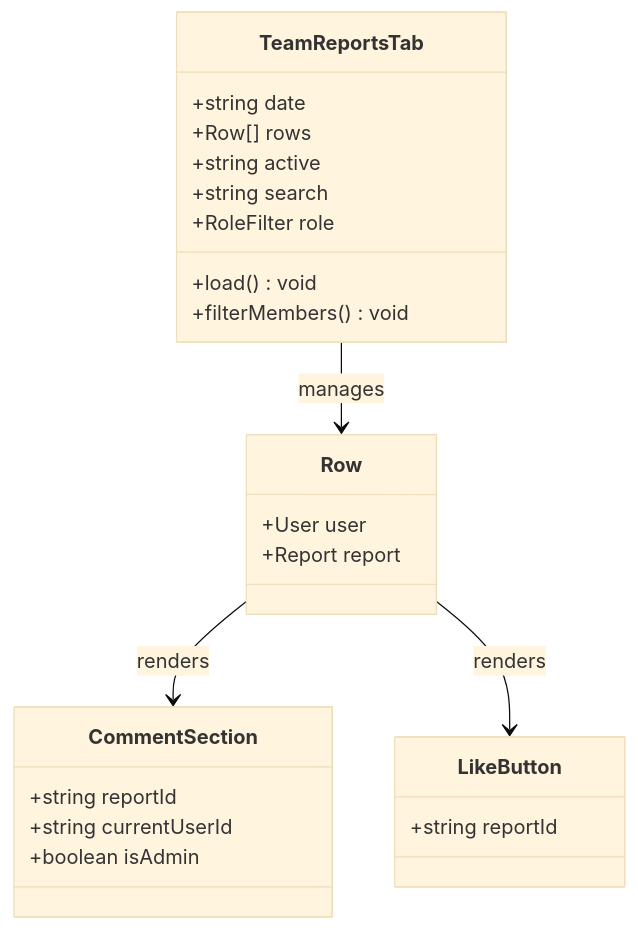
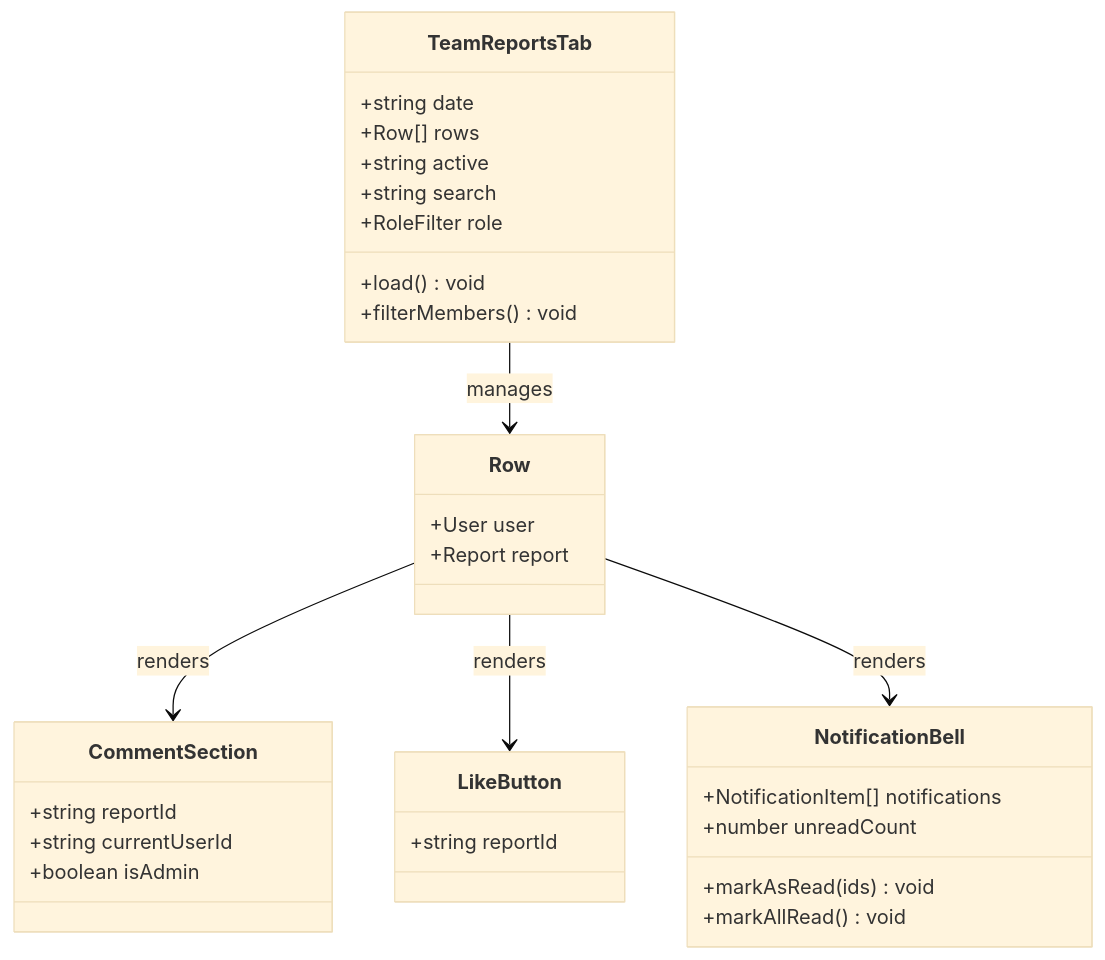
Before and after one commit to jrj444/git-daily: the tenth of 12 diagrams in .qoder/repowiki/en/content/Frontend Components/Social Interaction System.md, drawn with Mermaid (base theme). The commit also changed other lines of this file and 6 other files, not shown here.

````diff
--- a/.qoder/repowiki/en/content/Frontend Components/Social Interaction System.md
+++ b/.qoder/repowiki/en/content/Frontend Components/Social Interaction System.md
@@ -329,27 +409,34 @@
 ```mermaid
 classDiagram
 class TeamReportsTab {
 +string date
 +Row[] rows
 +string active
 +string search
 +RoleFilter role
 +load() void
 +filterMembers() void
 }
 class Row {
 +User user
 +Report report
 }
 class CommentSection {
 +string reportId
 +string currentUserId
 +boolean isAdmin
 }
 class LikeButton {
 +string reportId
 }
+class NotificationBell {
++NotificationItem[] notifications
++number unreadCount
++markAsRead(ids) void
++markAllRead() void
+}
 TeamReportsTab --> Row : manages
 Row --> CommentSection : renders
 Row --> LikeButton : renders
+Row --> NotificationBell : renders
 ```
````
